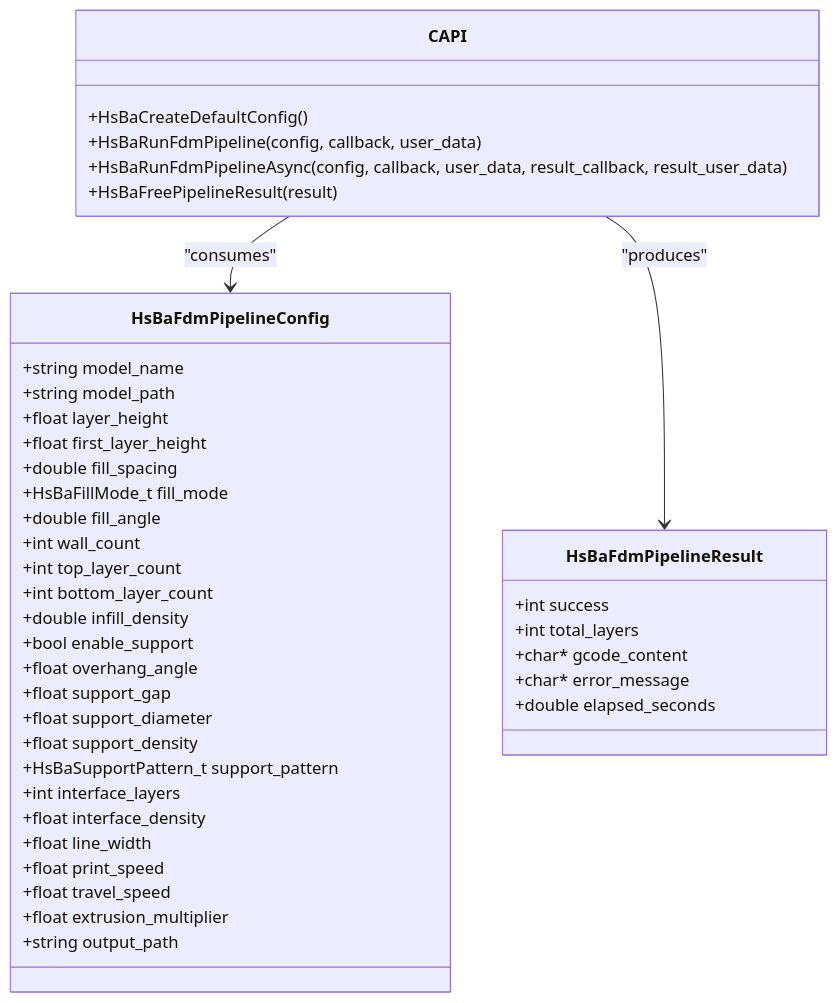
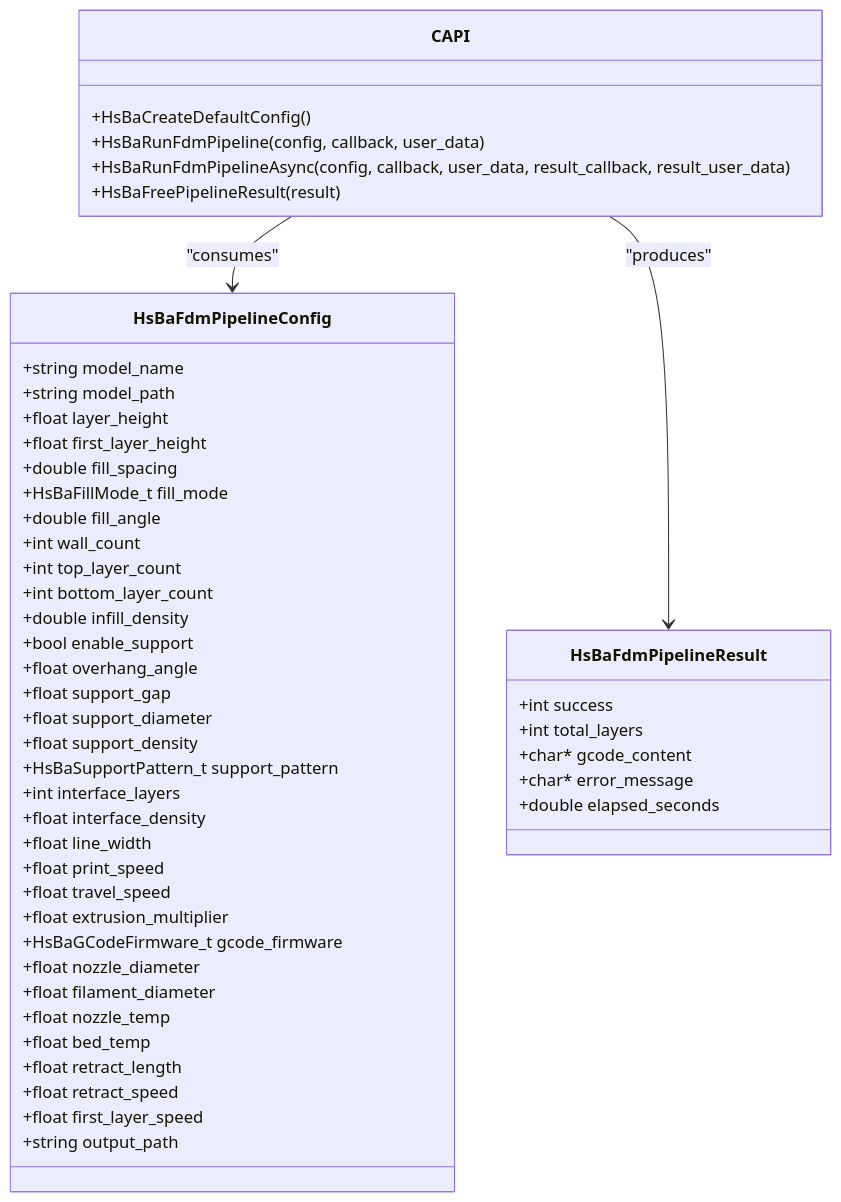
The third of 8 diagrams in .qoder/repowiki/en/content/Core Architecture/FDM Pipeline System.md (hsmbanlance/HsBaSlicer), drawn with Mermaid before and after one commit. The commit also changed other lines of this file and 9 other files, not shown here.

````diff
--- a/.qoder/repowiki/en/content/Core Architecture/FDM Pipeline System.md
+++ b/.qoder/repowiki/en/content/Core Architecture/FDM Pipeline System.md
@@ -184,44 +193,52 @@
 ```mermaid
 classDiagram
 class HsBaFdmPipelineConfig {
 +string model_name
 +string model_path
 +float layer_height
 +float first_layer_height
 +double fill_spacing
 +HsBaFillMode_t fill_mode
 +double fill_angle
 +int wall_count
 +int top_layer_count
 +int bottom_layer_count
 +double infill_density
 +bool enable_support
 +float overhang_angle
 +float support_gap
 +float support_diameter
 +float support_density
 +HsBaSupportPattern_t support_pattern
 +int interface_layers
 +float interface_density
 +float line_width
 +float print_speed
 +float travel_speed
 +float extrusion_multiplier
++HsBaGCodeFirmware_t gcode_firmware
++float nozzle_diameter
++float filament_diameter
++float nozzle_temp
++float bed_temp
++float retract_length
++float retract_speed
++float first_layer_speed
 +string output_path
 }
 class HsBaFdmPipelineResult {
 +int success
 +int total_layers
 +char* gcode_content
 +char* error_message
 +double elapsed_seconds
 }
 class CAPI {
 +HsBaCreateDefaultConfig()
 +HsBaRunFdmPipeline(config, callback, user_data)
 +HsBaRunFdmPipelineAsync(config, callback, user_data, result_callback, result_user_data)
 +HsBaFreePipelineResult(result)
 }
 CAPI --> HsBaFdmPipelineConfig : "consumes"
 CAPI --> HsBaFdmPipelineResult : "produces"
 ```
````
